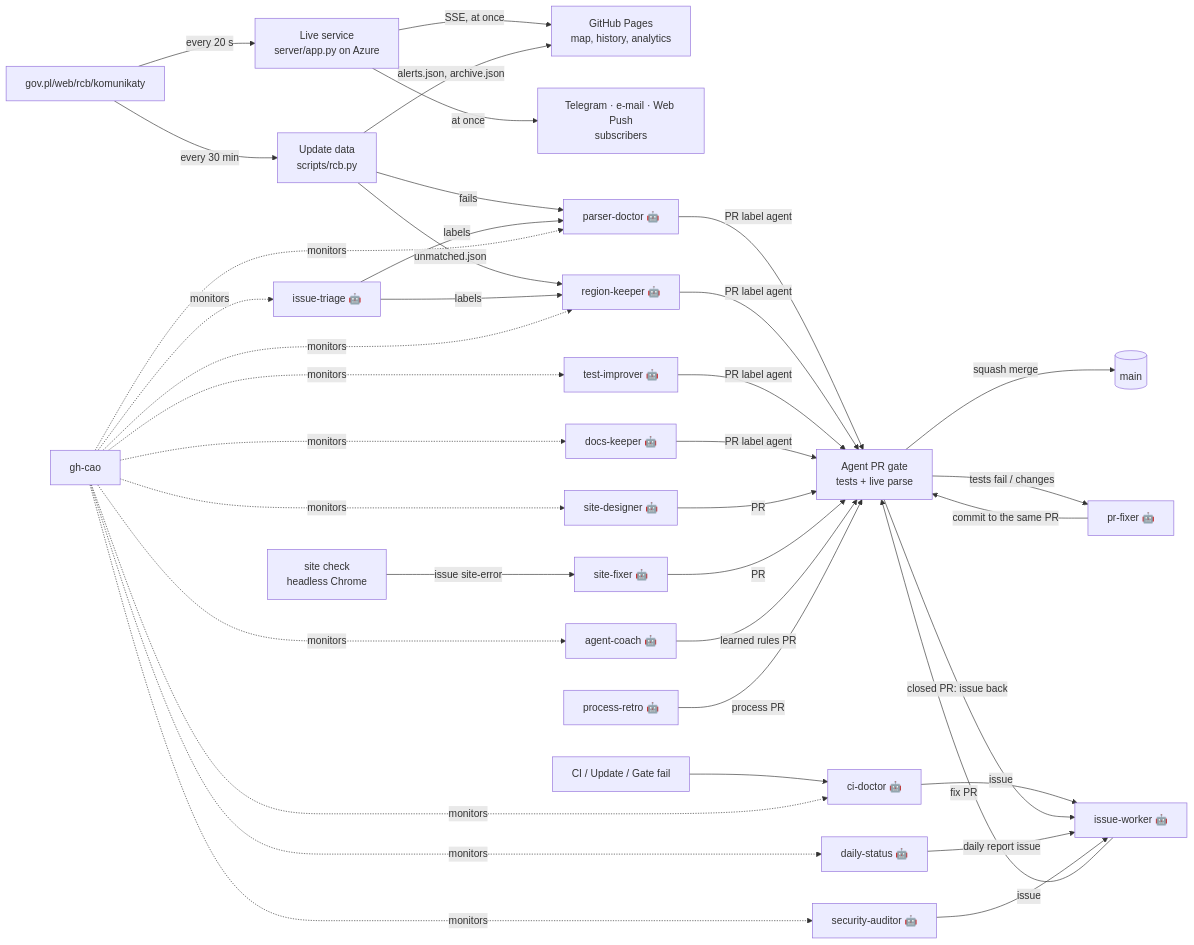
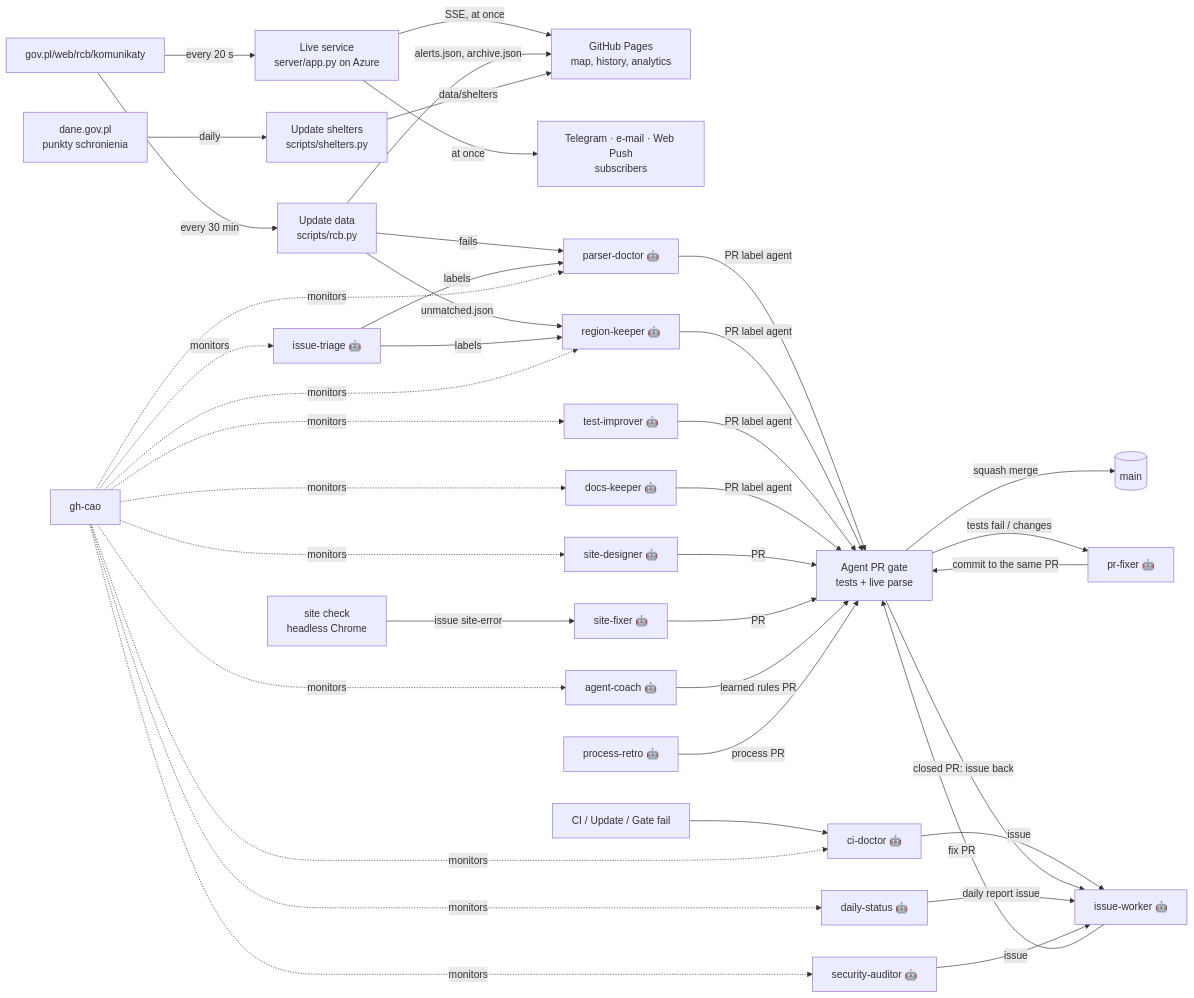
One commit to casper-assistant-ai/alerty-pl changed the diagram in README.md. Above: the diagram before and after it, drawn with Mermaid. The commit also changed other lines of this file and 722 other files, not shown here.

````diff
--- a/README.md
+++ b/README.md
@@ -25,25 +32,26 @@
 ```mermaid
 flowchart LR
   RCB[gov.pl/web/rcb/komunikaty] -->|every 20 s| L[Live service<br/>server/app.py on Azure]
   L -->|SSE, at once| P
   L -->|at once| N[Telegram · e-mail · Web Push<br/>subscribers]
   RCB -->|every 30 min| U[Update data<br/>scripts/rcb.py]
   U -->|alerts.json, archive.json| P[GitHub Pages<br/>map, history, analytics]
+  PSP[dane.gov.pl<br/>punkty schronienia] -->|daily| SH[Update shelters<br/>scripts/shelters.py] -->|data/shelters| P
   U -- fails --> PD[parser-doctor 🤖]
   U -- unmatched.json --> RK[region-keeper 🤖]
   CI[CI / Update / Gate fail] --> CD[ci-doctor 🤖] -->|issue| IW[issue-worker 🤖]
   PD & RK & TI[test-improver 🤖] & DK[docs-keeper 🤖] -->|PR label agent| G[Agent PR gate<br/>tests + live parse]
   G -->|squash merge| main[(main)]
   G -->|tests fail / changes| PF[pr-fixer 🤖] -->|commit to the same PR| G
   G -->|closed PR: issue back| IW
   IW -->|fix PR| G
   IT[issue-triage 🤖] -->|labels| RK & PD
   DS[daily-status 🤖] -->|daily report issue| IW
   SD[site-designer 🤖] -->|PR| G
   SC[site check<br/>headless Chrome] -->|issue site-error| SF[site-fixer 🤖]
   SF -->|PR| G
   SA[security-auditor 🤖] -->|issue| IW
   AC[agent-coach 🤖] -->|learned rules PR| G
   RETRO[process-retro 🤖] -->|process PR| G
   CAO[gh-cao] -.monitors.-> PD & RK & CD & DS & IT & TI & DK & SD & SA & AC
 ```
````
